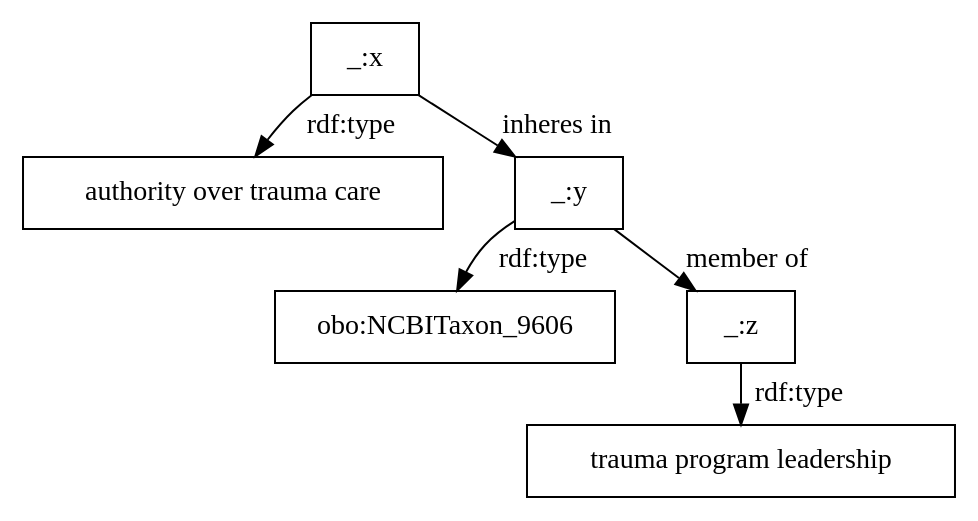
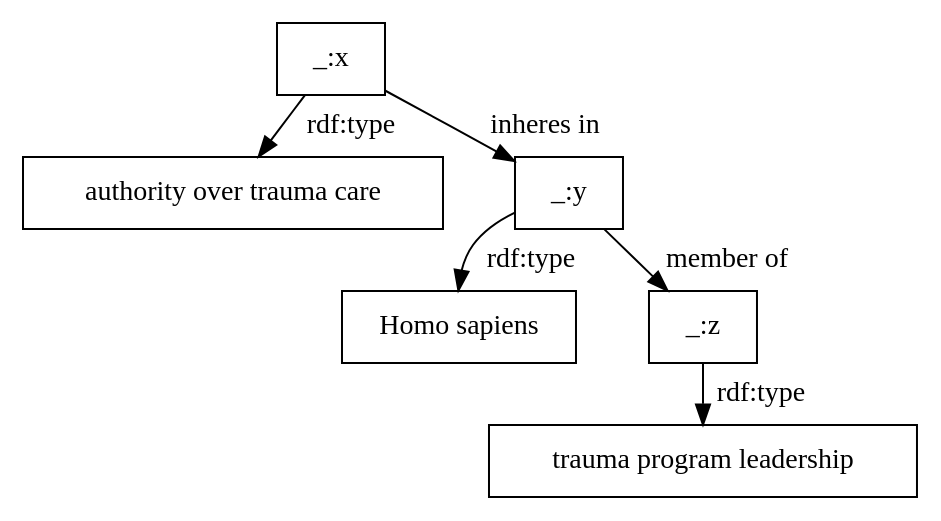
One commit to utecht/dideo-server changed the diagram in cafe/graphs/9.dot. Above: the diagram before and after it, drawn with Graphviz. The commit also changed 15 other files, not shown here.

Commit message:
changed graphs and definitions

```diff
--- a/cafe/graphs/9.dot
+++ b/cafe/graphs/9.dot
@@ -1,8 +1,8 @@
 digraph g { node [shape=rectangle];
 graph [splines=true, nodesep=.5, ranksep=0, overlap=false];
 "_:x" -> "authority over trauma care" [label="rdf:type"]
 "_:x" -> "_:y" [label="inheres in"]
-"_:y" -> "obo:NCBITaxon_9606" [label="rdf:type"]
+"_:y" -> "Homo sapiens" [label="rdf:type"]
 "_:y" -> "_:z" [label="member of"]
 "_:z" -> "trauma program leadership" [label="rdf:type"]
 }
```
